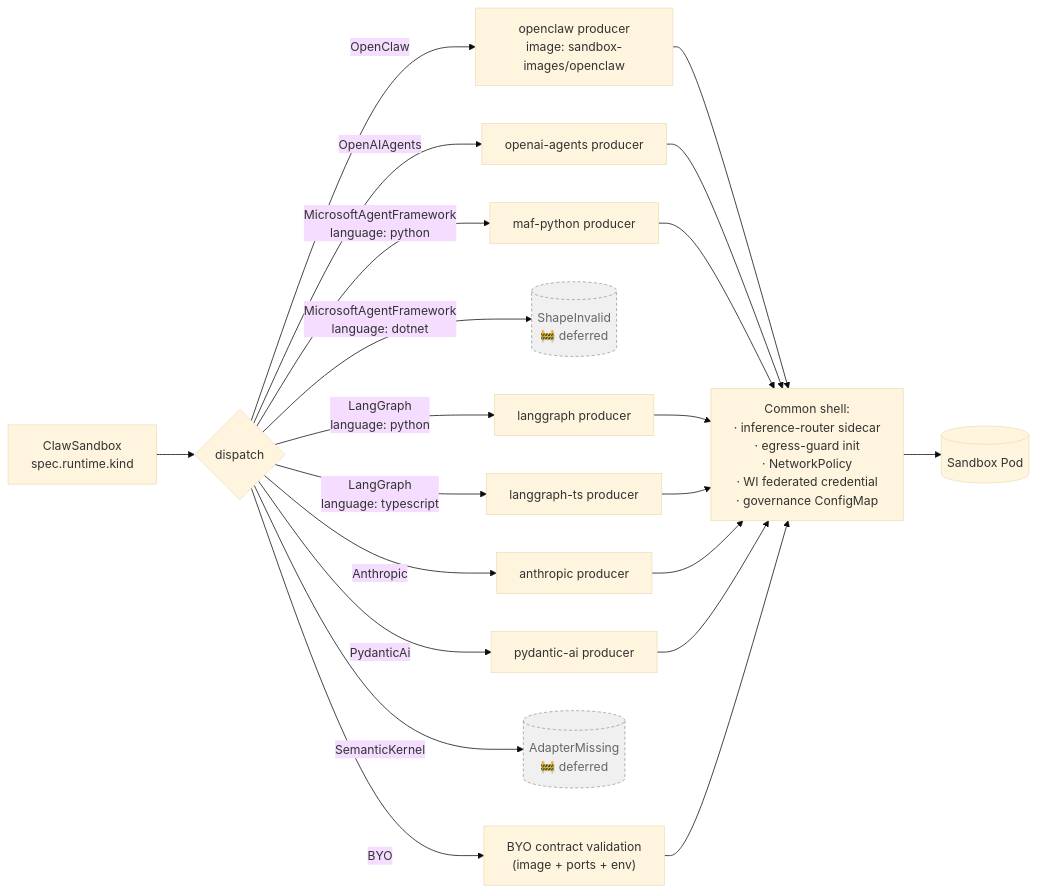
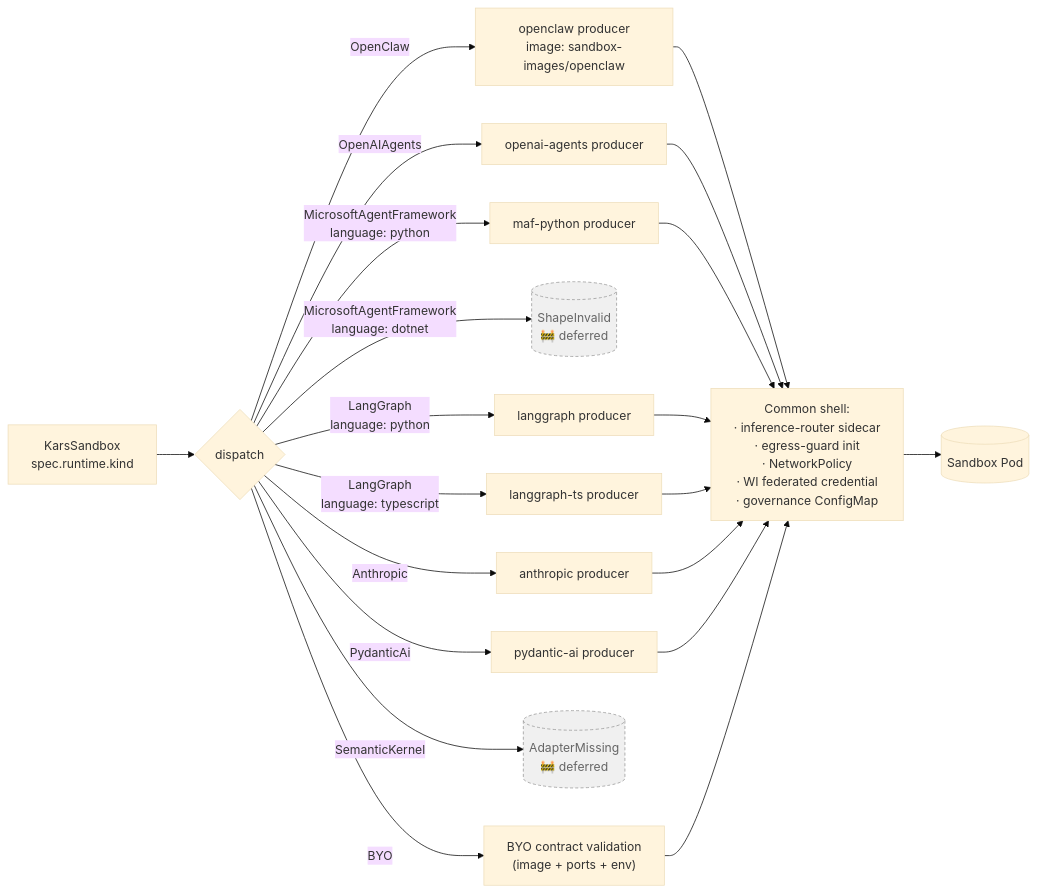
One commit to lachie83/kars changed the diagram in docs/runtimes.md. Above: the diagram before and after it, drawn with Mermaid (base theme). The commit also changed other lines of this file and 694 other files, not shown here.

````diff
--- a/docs/runtimes.md
+++ b/docs/runtimes.md
@@ -30,19 +30,19 @@
 ```mermaid
 flowchart LR
-  CR["ClawSandbox<br/>spec.runtime.kind"] --> D{dispatch}
+  CR["KarsSandbox<br/>spec.runtime.kind"] --> D{dispatch}
   D -->|OpenClaw| P1["openclaw producer<br/>image: sandbox-images/openclaw"]
   D -->|OpenAIAgents| P2["openai-agents producer"]
   D -->|MicrosoftAgentFramework<br/>language: python| P3["maf-python producer"]
   D -->|MicrosoftAgentFramework<br/>language: dotnet| P3X[("ShapeInvalid<br/>🚧 deferred")]
   D -->|LangGraph<br/>language: python| P4["langgraph producer"]
   D -->|LangGraph<br/>language: typescript| P4T["langgraph-ts producer"]
   D -->|Anthropic| P5["anthropic producer"]
   D -->|PydanticAi| P6["pydantic-ai producer"]
   D -->|SemanticKernel| P7X[("AdapterMissing<br/>🚧 deferred")]
   D -->|BYO| P8["BYO contract validation<br/>(image + ports + env)"]
   P1 & P2 & P3 & P4 & P4T & P5 & P6 & P8 --> COMMON["Common shell:<br/>· inference-router sidecar<br/>· egress-guard init<br/>· NetworkPolicy<br/>· WI federated credential<br/>· governance ConfigMap"]
   COMMON --> POD[("Sandbox Pod")]
 
   classDef deferred fill:#f0f0f0,stroke:#999,stroke-dasharray:4 3,color:#666
   class P3X,P7X deferred
 ```
````
